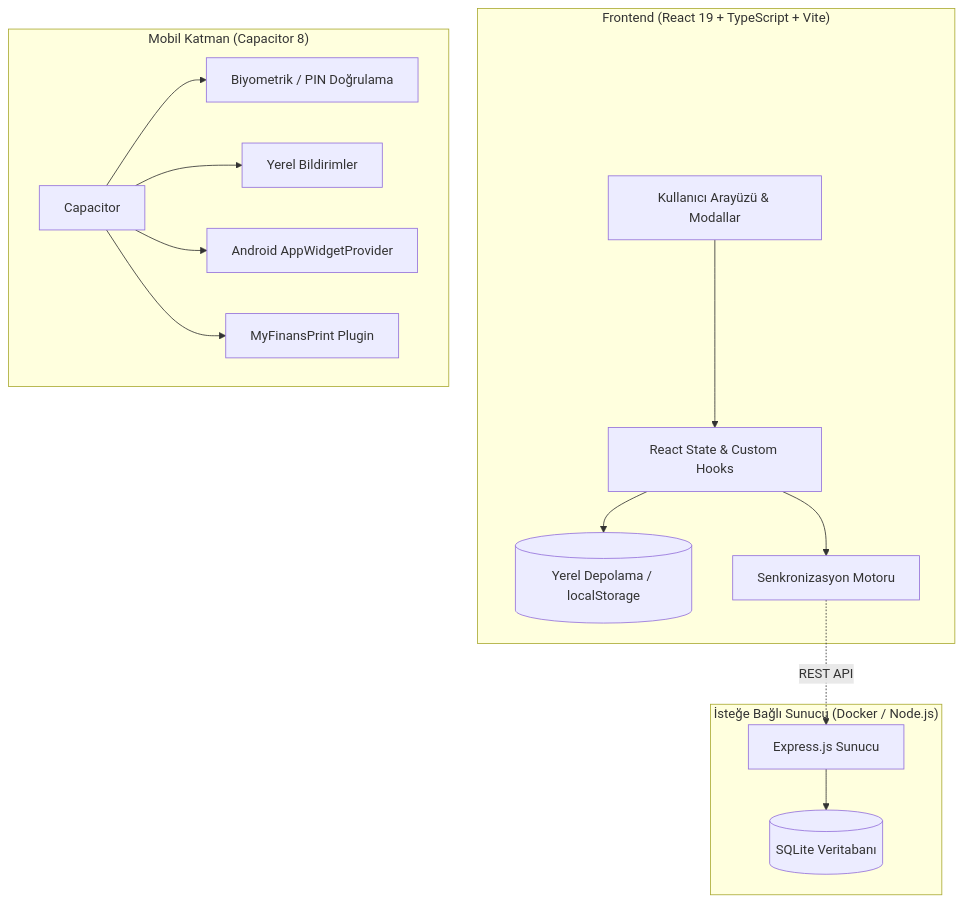
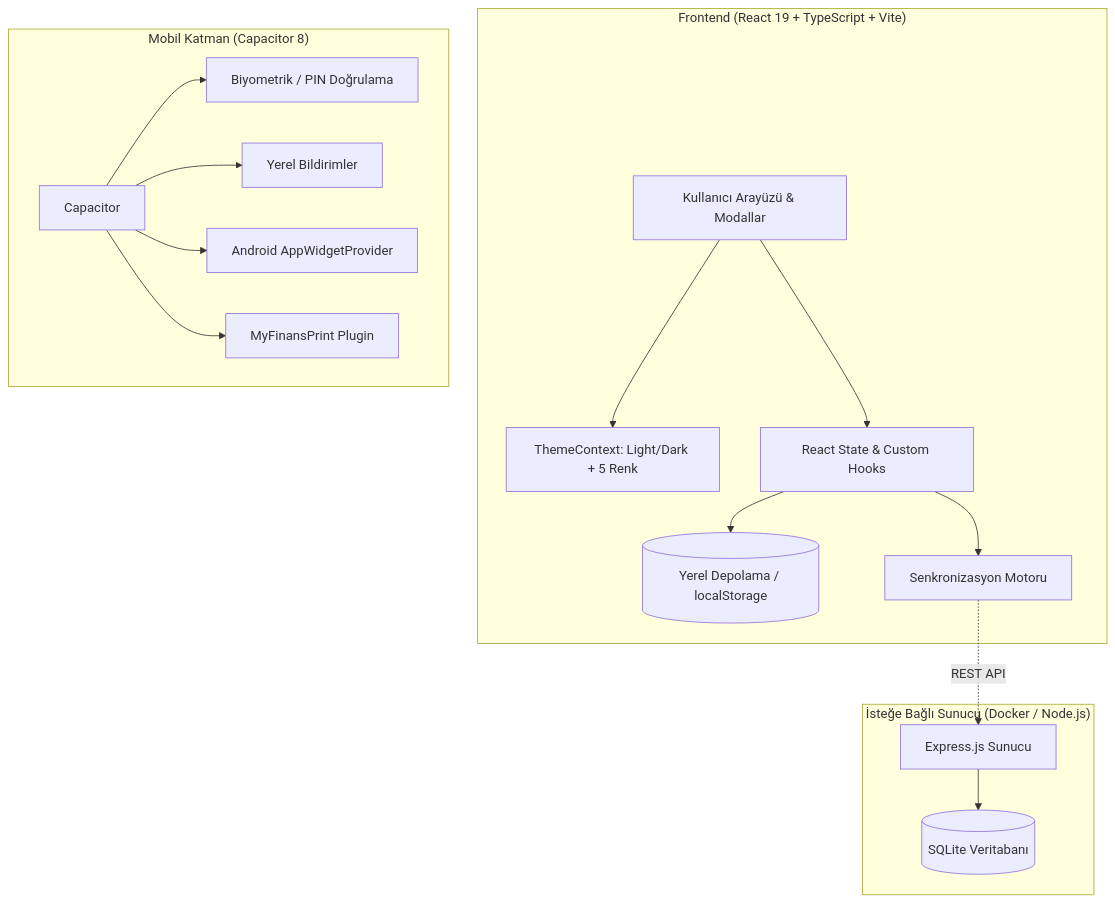
The diagram in README.md (eekilinc/MyFinans), drawn with Mermaid before and after one commit. The commit also changed other lines of this file and 11 other files, not shown here.

Commit message:
feat(ui): streamline top navbar, add true light theme with 5 color accents, and full settings import/export (v12.2.0)

````diff
--- a/README.md
+++ b/README.md
@@ -100,20 +105,21 @@
 ```mermaid
 graph TD
     subgraph Frontend ["Frontend (React 19 + TypeScript + Vite)"]
-        UI[Kullanıcı Arayüzü & Modallar] --> State[React State & Custom Hooks]
+        UI[Kullanıcı Arayüzü & Modallar] --> ThemeCtx[ThemeContext: Light/Dark + 5 Renk]
+        UI --> State[React State & Custom Hooks]
         State --> LocalDB[(Yerel Depolama / localStorage)]
         State --> ClientSync[Senkronizasyon Motoru]
     end
 
     subgraph Native ["Mobil Katman (Capacitor 8)"]
         Capacitor --> Biometric[Biyometrik / PIN Doğrulama]
         Capacitor --> Notif[Yerel Bildirimler]
         Capacitor --> Widget[Android AppWidgetProvider]
         Capacitor --> PrintPlugin[MyFinansPrint Plugin]
     end
 
     subgraph Backend ["İsteğe Bağlı Sunucu (Docker / Node.js)"]
         ClientSync -.->|REST API| Express[Express.js Sunucu]
         Express --> SQLite[(SQLite Veritabanı)]
     end
 ```
````
